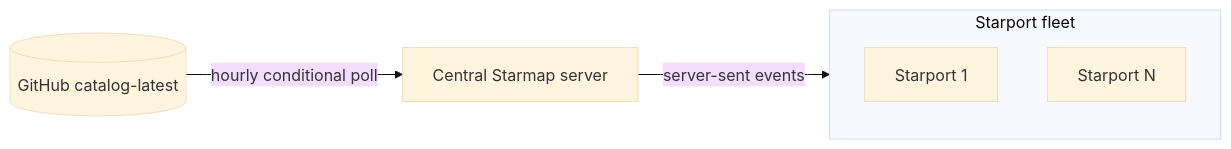
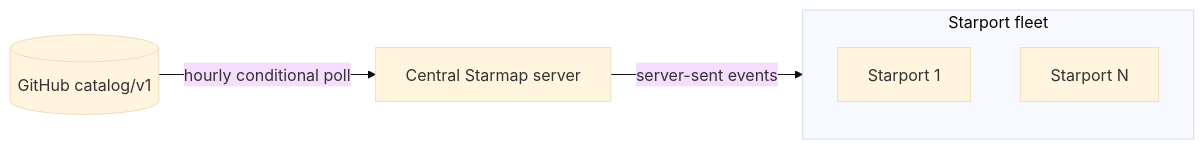
One commit to agentstation/starport changed the diagram in README.md. Above: the diagram before and after it, drawn with Mermaid (base theme). The commit also changed 7 other files, not shown here.

````diff
--- a/README.md
+++ b/README.md
@@ -295,11 +295,11 @@
 ```mermaid
 flowchart LR
-  GH[(GitHub catalog-latest)]
+  GH[("GitHub catalog/v1")]
   SM[Central Starmap server]
   subgraph FLEET[Starport fleet]
     S1[Starport 1]
     S2[Starport N]
   end
   GH -->|hourly conditional poll| SM
   SM -->|server-sent events| FLEET
 ```
````
